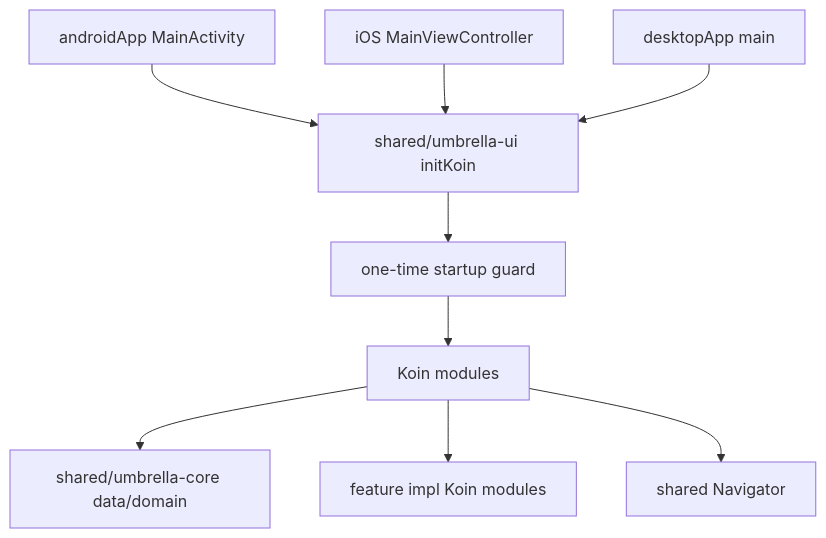
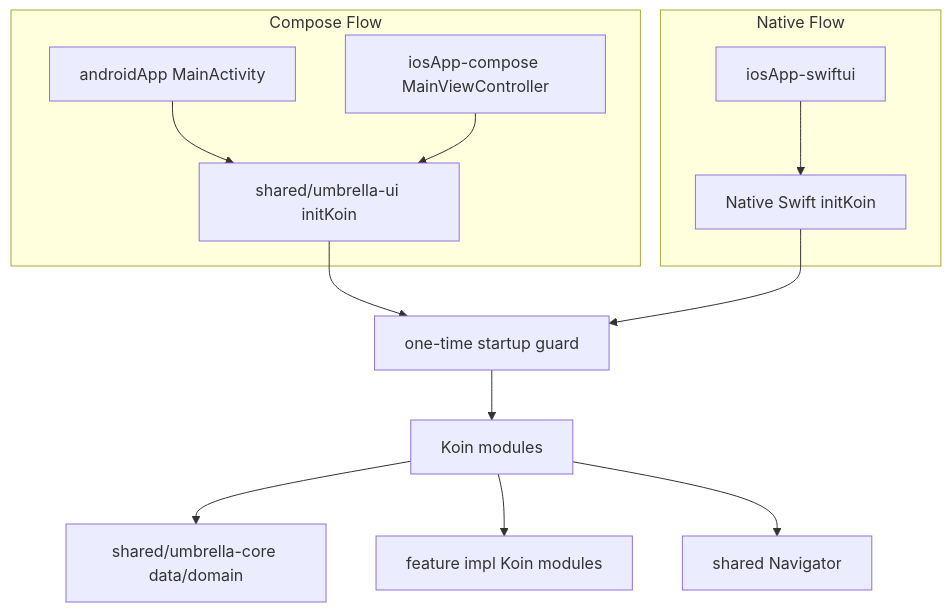
Before and after one commit to Helmy2/Dream: the seventh of 8 diagrams in ONBOARDING.md, drawn with Mermaid. The commit also changed other lines of this file and 111 other files, not shown here.

Commit message:
Overhaul template: remove desktopApp, finalize iosApp-swiftui with design system, upgrade libs, refactor sample feature with list/detail screens and create sheet

````diff
--- a/ONBOARDING.md
+++ b/ONBOARDING.md
@@ -209,11 +214,16 @@
 ```mermaid
 flowchart TD
-    Android[androidApp MainActivity] --> Init[shared/umbrella-ui initKoin]
-    IOS[iOS MainViewController] --> Init
-    Desktop[desktopApp main] --> Init
-    Init --> Guard[one-time startup guard]
+    subgraph Compose Flow
+        Android[androidApp MainActivity] --> InitUI[shared/umbrella-ui initKoin]
+        IOSC[iosApp-compose MainViewController] --> InitUI
+    end
+    subgraph Native Flow
+        IOSS[iosApp-swiftui] --> InitNative[Native Swift initKoin]
+    end
+    InitUI --> Guard[one-time startup guard]
+    InitNative --> Guard
     Guard --> Modules[Koin modules]
     Modules --> Core[shared/umbrella-core data/domain]
     Modules --> UI[feature impl Koin modules]
     Modules --> Navigator[shared Navigator]
 ```
````
